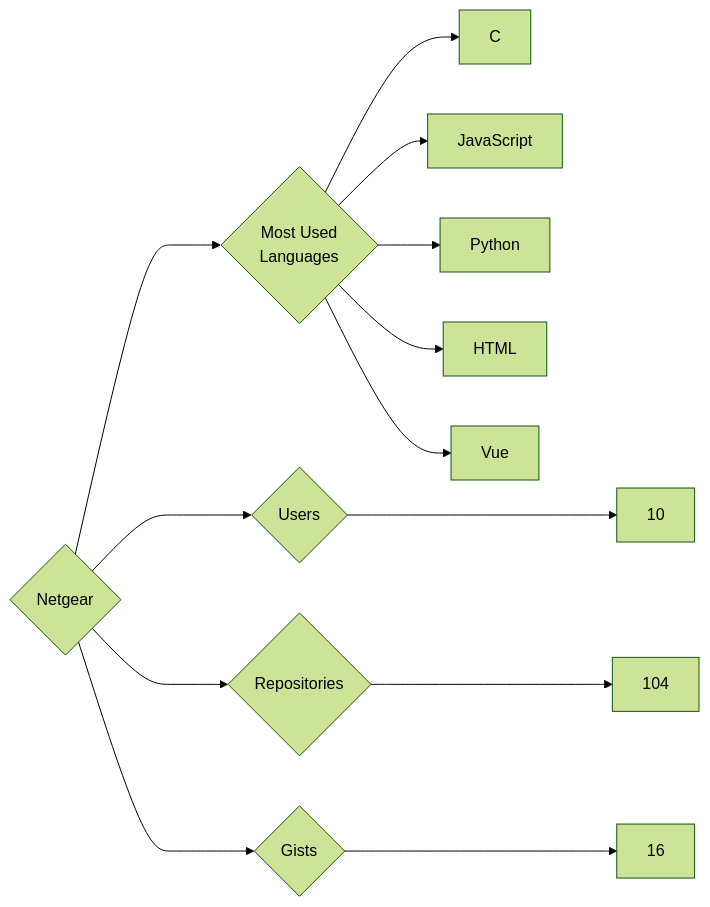
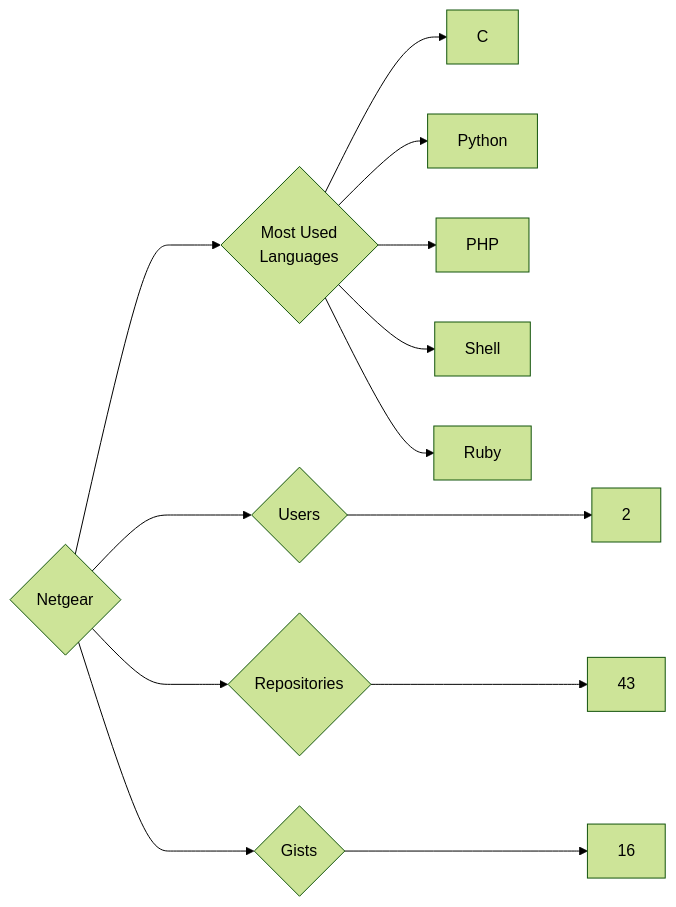
The diagram in targets/Netgear/README.md (trickest/insiders), drawn with Mermaid (forest theme) before and after one commit. The commit also changed 953 other files, not shown here.

````diff
--- a/targets/Netgear/README.md
+++ b/targets/Netgear/README.md
@@ -3,13 +3,13 @@
 ```mermaid
 graph LR
 COMPANY_NAME{Netgear}
-COMPANY_NAME ---> U{Users} ---> UN[10]
-COMPANY_NAME ---> R{Repositories} ---> RN[104]
+COMPANY_NAME ---> U{Users} ---> UN[2]
+COMPANY_NAME ---> R{Repositories} ---> RN[43]
 COMPANY_NAME ---> G{Gists} ---> GN[16]
 COMPANY_NAME ---> ML{Most Used<br>Languages}
 ML --> C[C]
-ML --> JavaScript[JavaScript]
 ML --> Python[Python]
-ML --> HTML[HTML]
-ML --> Vue[Vue]
+ML --> PHP[PHP]
+ML --> Shell[Shell]
+ML --> Ruby[Ruby]
 ```
````
